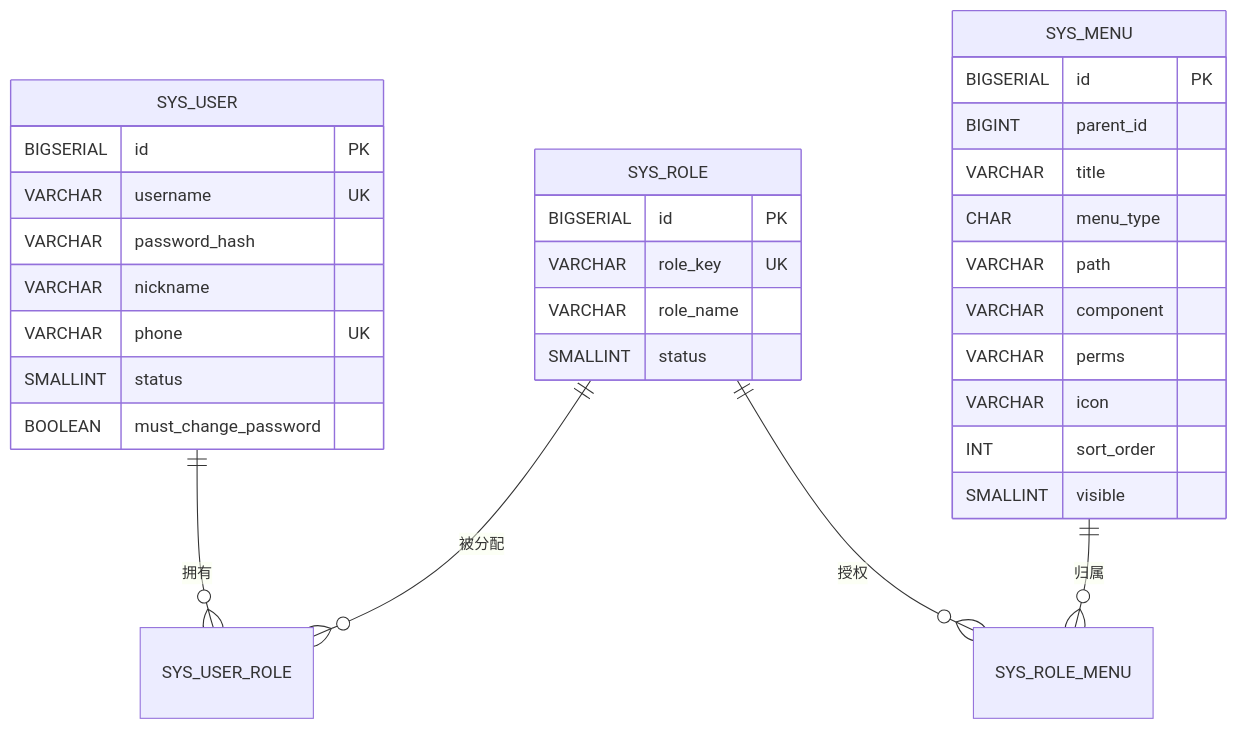
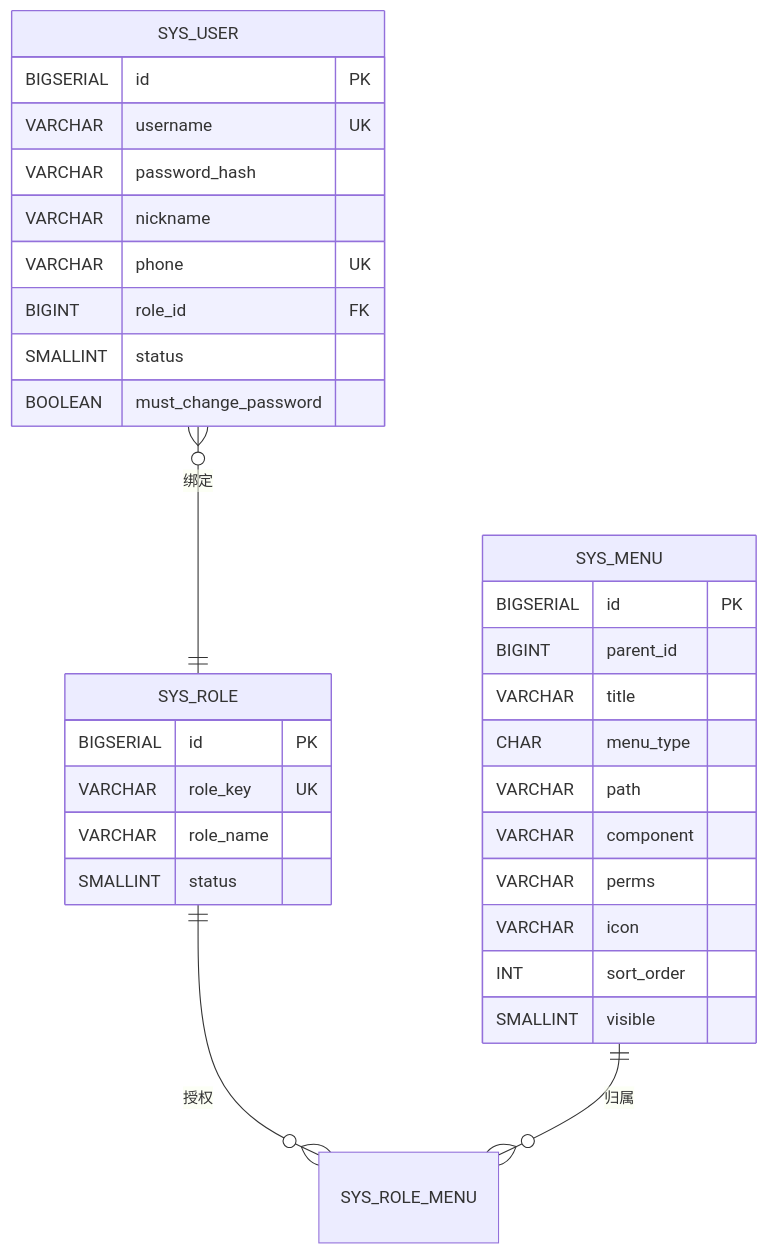
The fourth of 4 diagrams in docs/RBAC架构.md (qsf0414/digital-employee-java), drawn with Mermaid before and after one commit. The commit also changed other lines of this file, not shown here.

````diff
--- a/docs/RBAC架构.md
+++ b/docs/RBAC架构.md
@@ -564,37 +778,37 @@
 ```mermaid
 erDiagram
-    SYS_USER ||--o{ SYS_USER_ROLE : "拥有"
-    SYS_ROLE ||--o{ SYS_USER_ROLE : "被分配"
+    SYS_USER }o--|| SYS_ROLE : "绑定"
     SYS_ROLE ||--o{ SYS_ROLE_MENU : "授权"
     SYS_MENU ||--o{ SYS_ROLE_MENU : "归属"
 
     SYS_USER {
         BIGSERIAL id PK
         VARCHAR username UK
         VARCHAR password_hash
         VARCHAR nickname
         VARCHAR phone UK
+        BIGINT role_id FK
         SMALLINT status
         BOOLEAN must_change_password
     }
 
     SYS_ROLE {
         BIGSERIAL id PK
         VARCHAR role_key UK
         VARCHAR role_name
         SMALLINT status
     }
 
     SYS_MENU {
         BIGSERIAL id PK
         BIGINT parent_id
         VARCHAR title
         CHAR menu_type
         VARCHAR path
         VARCHAR component
         VARCHAR perms
         VARCHAR icon
         INT sort_order
         SMALLINT visible
     }
 ```
````
